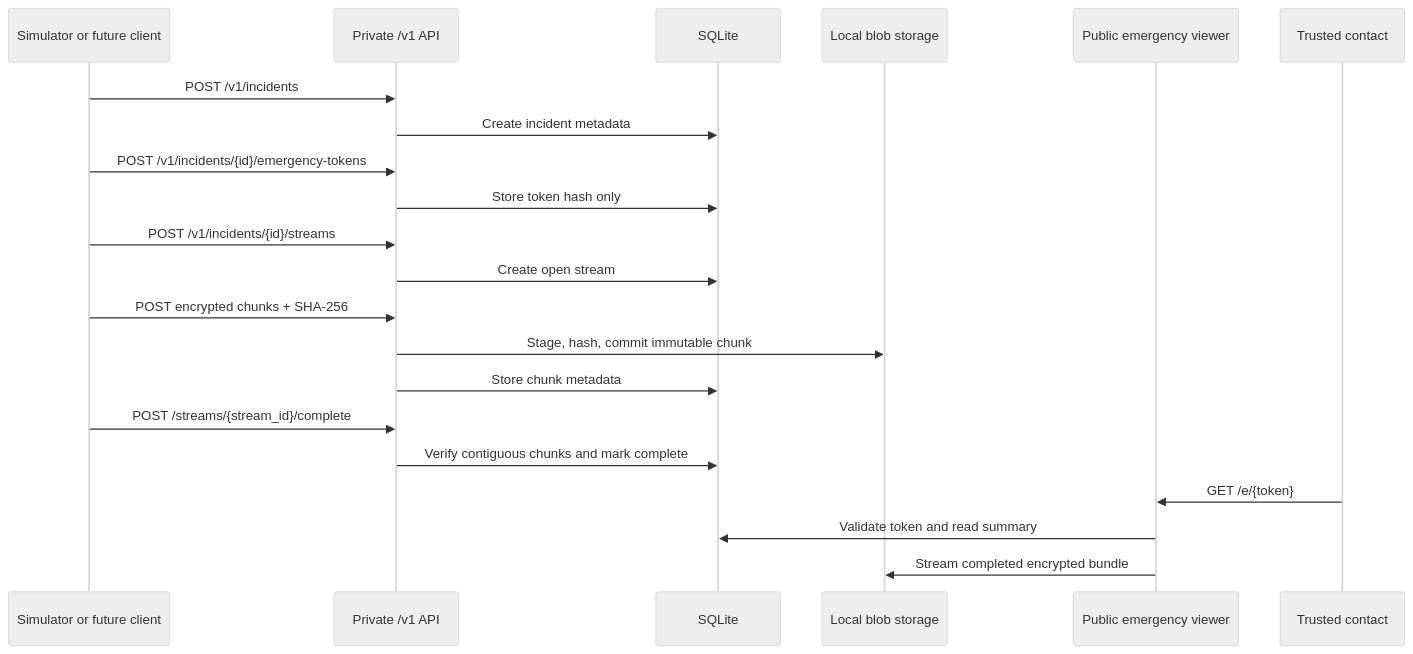
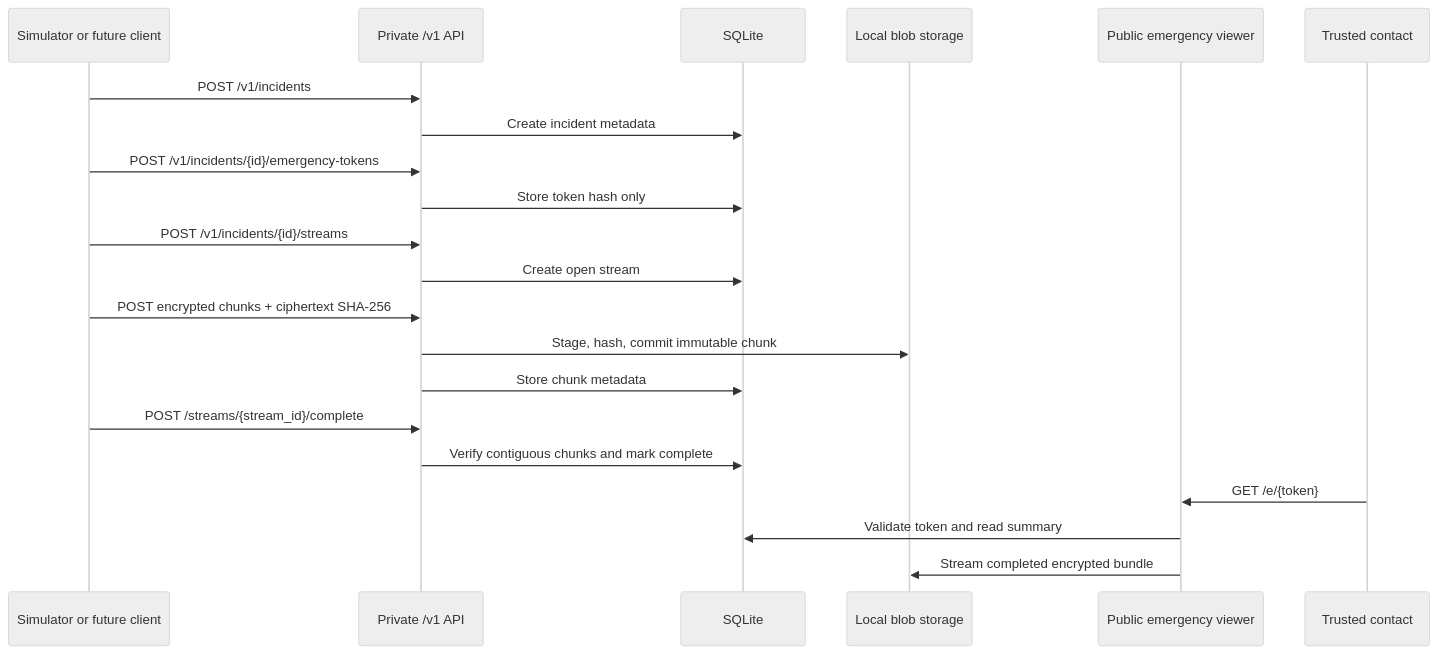
Before and after one commit to open-proofline/server: the third of 4 diagrams in docs/architecture.md, drawn with Mermaid (neutral theme). The commit also changed other lines of this file and 19 other files, not shown here.

````diff
--- a/docs/architecture.md
+++ b/docs/architecture.md
@@ -45,24 +45,24 @@
 ```mermaid
 sequenceDiagram
     participant Client as Simulator or future client
     participant Private as Private /v1 API
     participant DB as SQLite
     participant Blob as Local blob storage
     participant Public as Public emergency viewer
     participant Contact as Trusted contact
 
     Client->>Private: POST /v1/incidents
     Private->>DB: Create incident metadata
     Client->>Private: POST /v1/incidents/{id}/emergency-tokens
     Private->>DB: Store token hash only
     Client->>Private: POST /v1/incidents/{id}/streams
     Private->>DB: Create open stream
-    Client->>Private: POST encrypted chunks + SHA-256
+    Client->>Private: POST encrypted chunks + ciphertext SHA-256
     Private->>Blob: Stage, hash, commit immutable chunk
     Private->>DB: Store chunk metadata
     Client->>Private: POST /streams/{stream_id}/complete
     Private->>DB: Verify contiguous chunks and mark complete
     Contact->>Public: GET /e/{token}
     Public->>DB: Validate token and read summary
     Public->>Blob: Stream completed encrypted bundle
 ```
````
